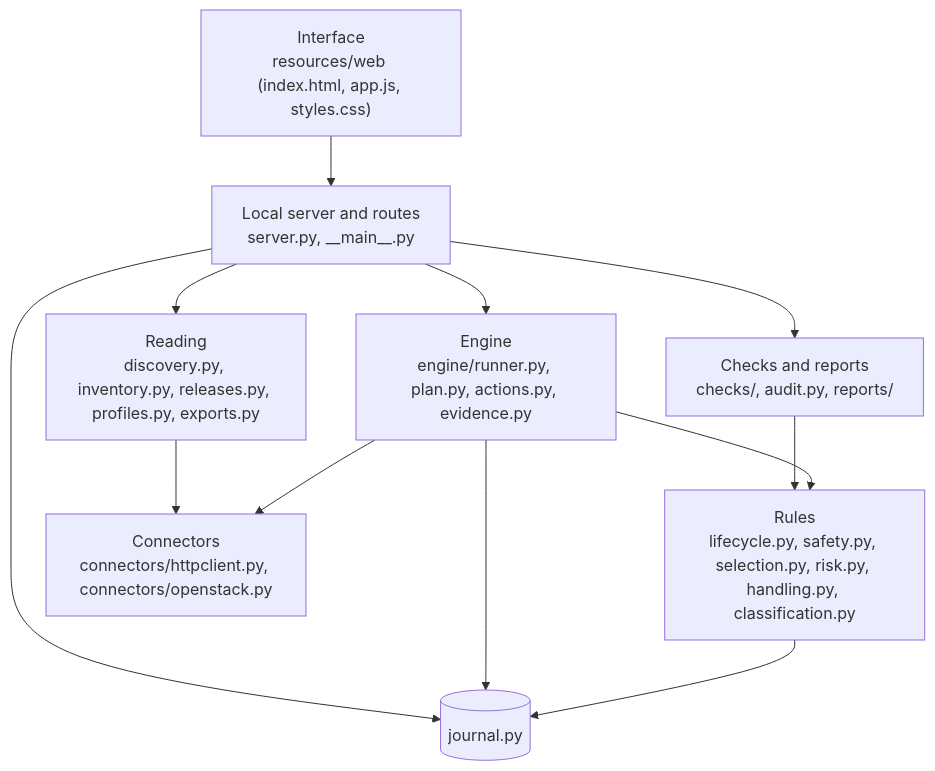
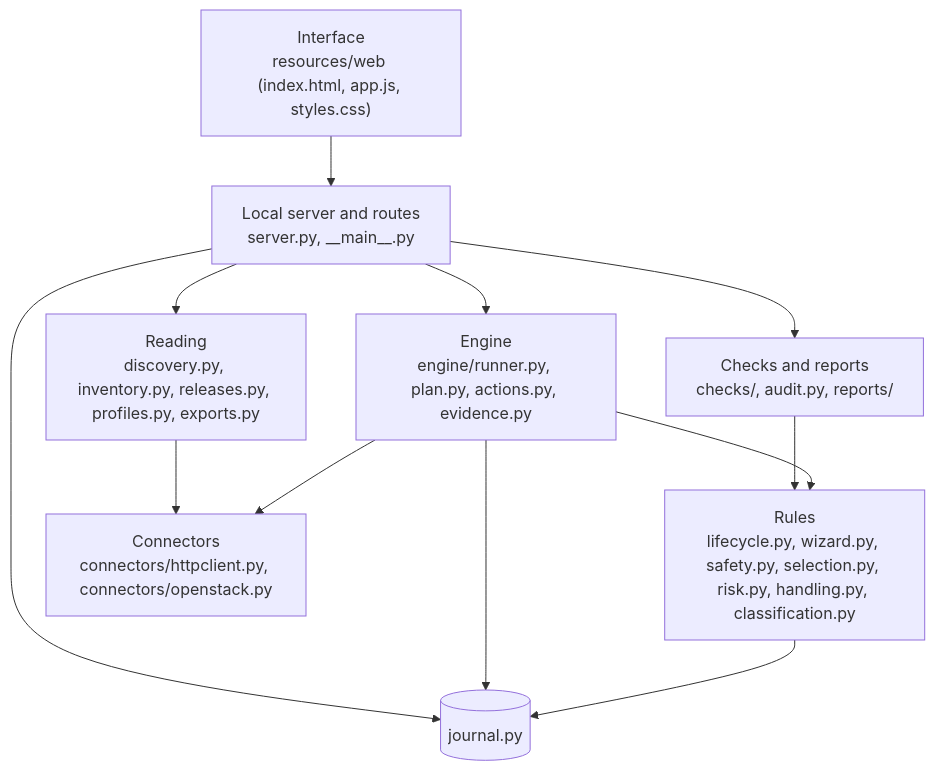
One commit to ebeauzec/OpenMove changed the second of 6 diagrams in docs/ARCHITECTURE.md. Above: the diagram before and after it, drawn with Mermaid. The commit also changed other lines of this file and 44 other files, not shown here.

````diff
--- a/docs/ARCHITECTURE.md
+++ b/docs/ARCHITECTURE.md
@@ -44,22 +44,22 @@
 ```mermaid
 flowchart TB
     gui["Interface<br/>resources/web (index.html, app.js, styles.css)"]
     srv["Local server and routes<br/>server.py, __main__.py"]
     eng["Engine<br/>engine/runner.py, plan.py, actions.py, evidence.py"]
-    dom["Rules<br/>lifecycle.py, safety.py, selection.py, risk.py, handling.py, classification.py"]
+    dom["Rules<br/>lifecycle.py, wizard.py, safety.py, selection.py, risk.py, handling.py, classification.py"]
     chk["Checks and reports<br/>checks/, audit.py, reports/"]
     inv["Reading<br/>discovery.py, inventory.py, releases.py, profiles.py, exports.py"]
     con["Connectors<br/>connectors/httpclient.py, connectors/openstack.py"]
     jr[("journal.py")]
     gui --> srv
     srv --> eng
     srv --> chk
     srv --> inv
     eng --> dom
     chk --> dom
     eng --> con
     inv --> con
     dom --> jr
     eng --> jr
     srv --> jr
 ```
````
